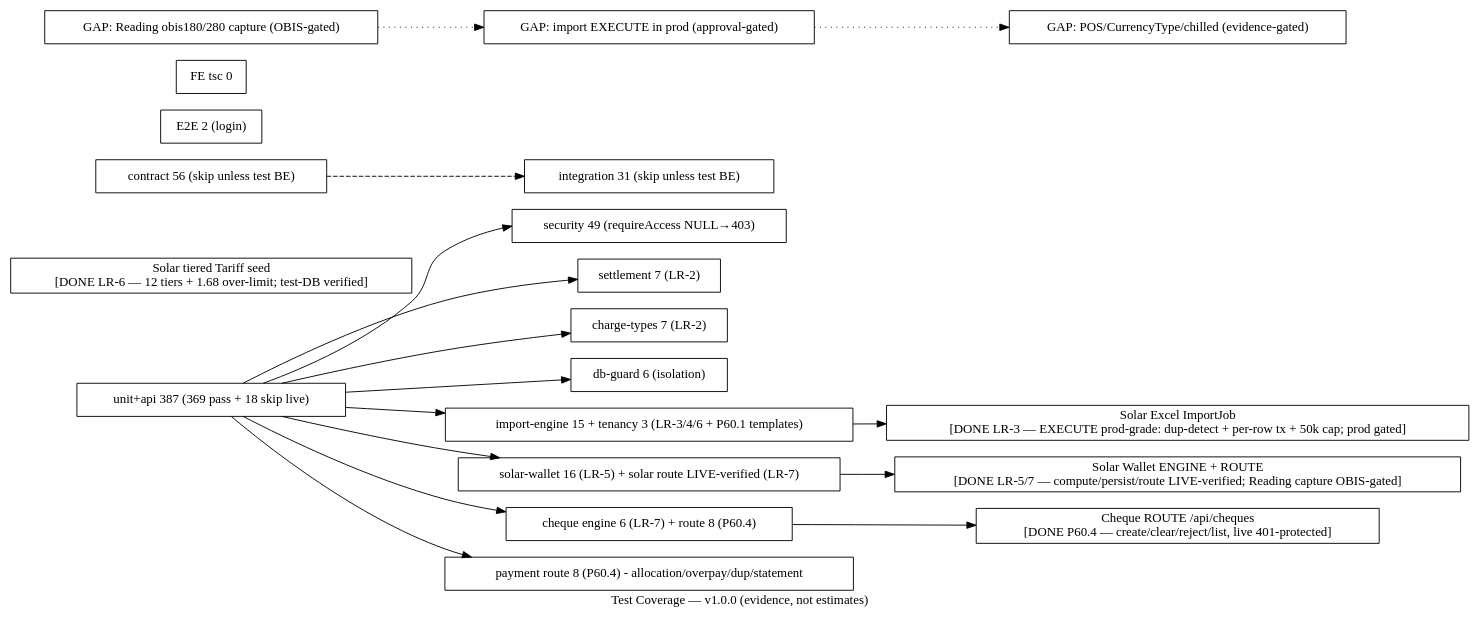
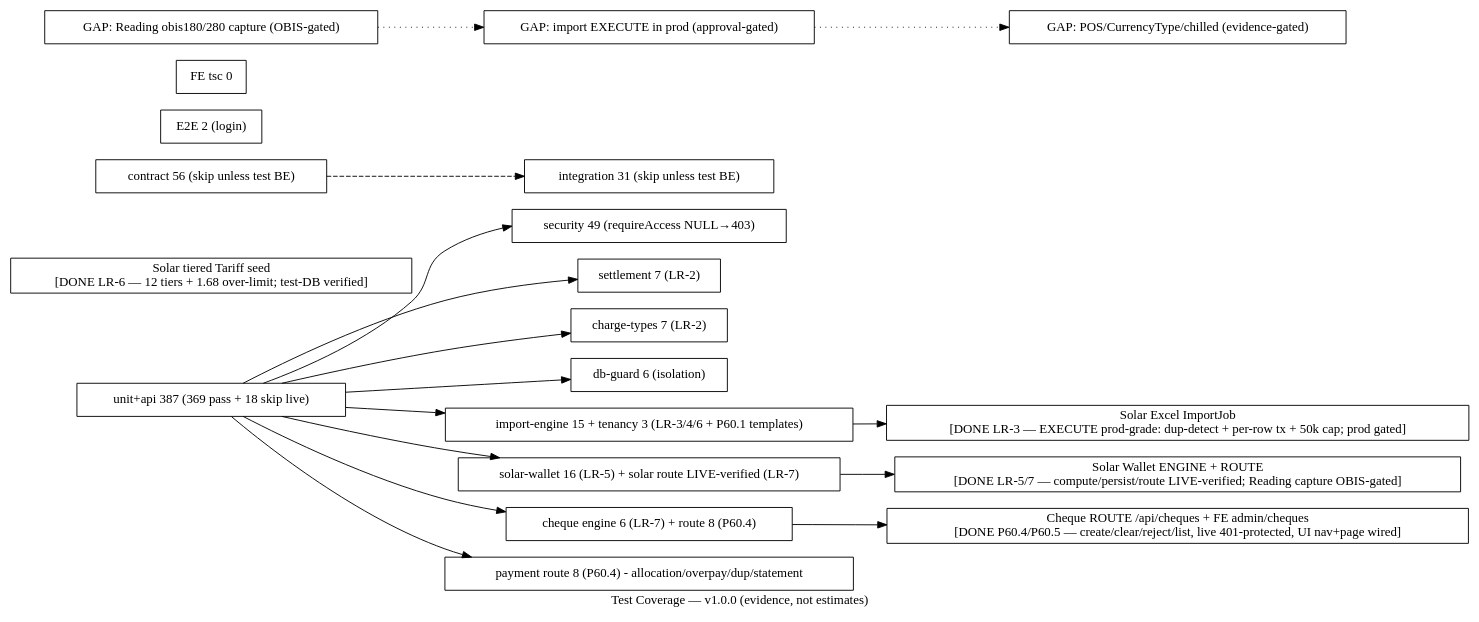
The diagram in docs/architecture/graph/TEST-COVERAGE.dot (Kirllos360/MeterVerse), drawn with Graphviz before and after one commit. The commit also changed 6 other files, not shown here.

First line of the commit message:
docs(p60.5): cheque UI certification + graph/speckit + governance

```diff
--- a/docs/architecture/graph/TEST-COVERAGE.dot
+++ b/docs/architecture/graph/TEST-COVERAGE.dot
@@ -1,47 +1,47 @@
 // TEST-COVERAGE graph — P59-C/LR-2A v1.0.0
 // Evidence-based: unit+api 325 total (307 pass + 18 skip), contract 56 skip,
 // integration 31 skip, FE tsc 0. Tenancy + security live-proven.
 digraph TestCov {
   rankdir=LR;
   label="Test Coverage — v1.0.0 (evidence, not estimates)";
 
   node [shape=box fillcolor="#d1f5d3"];
   UNIT [label="unit+api 387 (369 pass + 18 skip live)"];
   T_SEC [label="security 49 (requireAccess NULL→403)"];
   T_SETTLE [label="settlement 7 (LR-2)"];
   T_CHARGE [label="charge-types 7 (LR-2)"];
   T_DBGUARD [label="db-guard 6 (isolation)"];
   T_IMPORT [label="import-engine 15 + tenancy 3 (LR-3/4/6 + P60.1 templates)"];
   T_SOLAR [label="solar-wallet 16 (LR-5) + solar route LIVE-verified (LR-7)"];
   T_CHEQUE [label="cheque engine 6 (LR-7) + route 8 (P60.4)"];
   T_PAY [label="payment route 8 (P60.4) - allocation/overpay/dup/statement"];
   IMPORT_DONE [label="Solar Excel ImportJob\n[DONE LR-3 — EXECUTE prod-grade: dup-detect + per-row tx + 50k cap; prod gated]" fillcolor="#fef7e0"];
   SOLAR_DONE [label="Solar Wallet ENGINE + ROUTE\n[DONE LR-5/7 — compute/persist/route LIVE-verified; Reading capture OBIS-gated]" fillcolor="#fef7e0"];
   TARIFF_SEED [label="Solar tiered Tariff seed\n[DONE LR-6 — 12 tiers + 1.68 over-limit; test-DB verified]" fillcolor="#fef7e0"];
-  CHEQUE_DONE [label="Cheque ROUTE /api/cheques\n[DONE P60.4 — create/clear/reject/list, live 401-protected]" fillcolor="#fef7e0"];
+  CHEQUE_DONE [label="Cheque ROUTE /api/cheques + FE admin/cheques\n[DONE P60.4/P60.5 — create/clear/reject/list, live 401-protected, UI nav+page wired]" fillcolor="#fef7e0"];
 
   node [shape=box fillcolor="#fef7e0"];
   CONTRACT [label="contract 56 (skip unless test BE)"];
   INTEG [label="integration 31 (skip unless test BE)"];
   E2E [label="E2E 2 (login)"];
   TSC [label="FE tsc 0"];
 
   node [shape=box fillcolor="#fff1f0"];
   GAP1 [label="GAP: Reading obis180/280 capture (OBIS-gated)"];
   GAP2 [label="GAP: import EXECUTE in prod (approval-gated)"];
   GAP3 [label="GAP: POS/CurrencyType/chilled (evidence-gated)"];
 
   UNIT -> T_SEC;
   UNIT -> T_SETTLE;
   UNIT -> T_CHARGE;
   UNIT -> T_DBGUARD;
   UNIT -> T_IMPORT;
   UNIT -> T_SOLAR;
   UNIT -> T_CHEQUE;
   UNIT -> T_PAY;
   T_IMPORT -> IMPORT_DONE;
   T_SOLAR -> SOLAR_DONE;
   T_CHEQUE -> CHEQUE_DONE;
   CONTRACT -> INTEG [style=dashed];
   GAP1 -> GAP2 -> GAP3 [style=dotted];
 }
```
